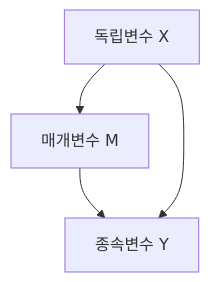
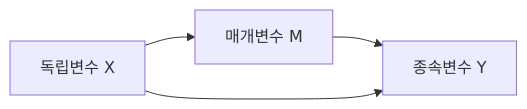
One commit to cuerix/cuerix.github.io changed the first of 2 diagrams in _stats/practice.md. Above: the diagram before and after it, drawn with Mermaid.

````diff
--- a/_stats/practice.md
+++ b/_stats/practice.md
@@ -20,6 +20,6 @@
 ```mermaid
-graph TD
-  X[독립변수 X] --> M[매개변수 M]
-  M --> Y[종속변수 Y]
+graph LR
+  X[독립변수 X] --> M[매개변수 M] --> Y[종속변수 Y]
   X --> Y
+
 ```
````
